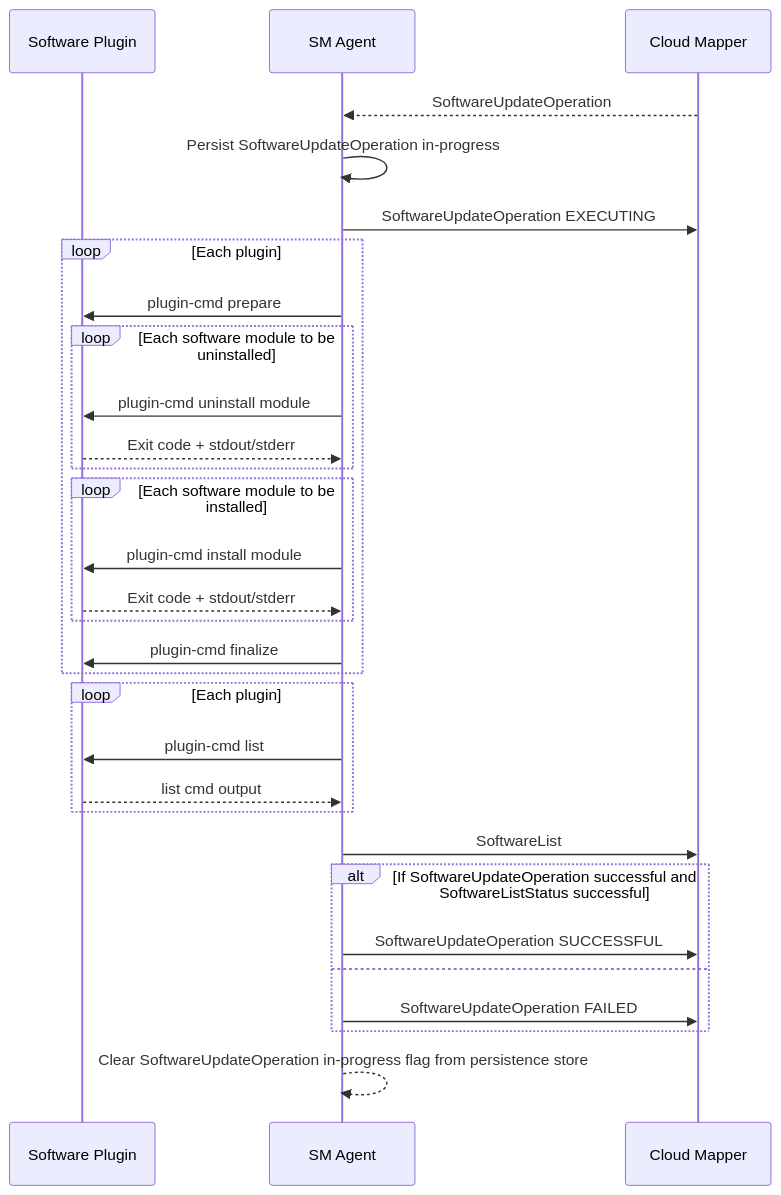
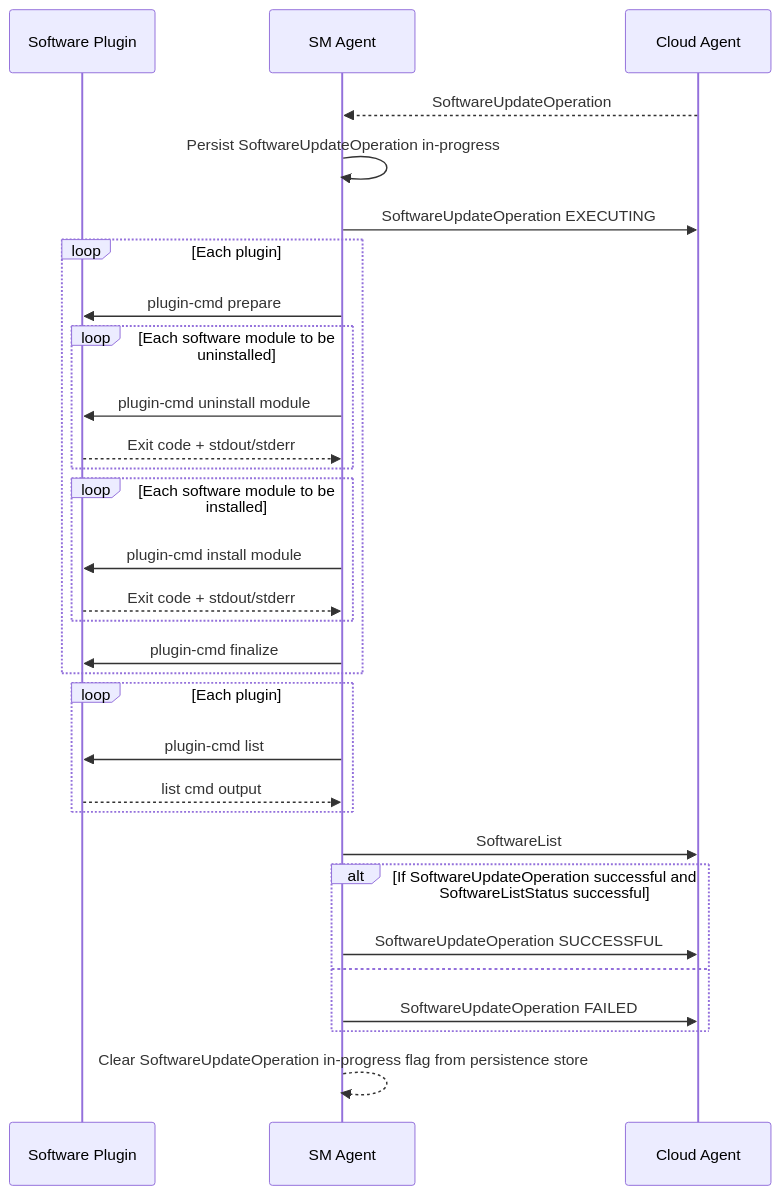
The third of 3 diagrams in src/software-management/sm-agent.md (thin-edge/thin-edge.io-specs), drawn with Mermaid before and after one commit. The commit also changed other lines of this file, not shown here.

````diff
--- a/src/software-management/sm-agent.md
+++ b/src/software-management/sm-agent.md
@@ -54,40 +67,40 @@
 ```mermaid
 sequenceDiagram
     participant Software Plugin
     participant SM Agent
-    participant Cloud Mapper
+    participant Cloud Agent
 
-    Cloud Mapper-->>SM Agent: SoftwareUpdateOperation
+    Cloud Agent-->>SM Agent: SoftwareUpdateOperation
 
     SM Agent->>SM Agent: Persist SoftwareUpdateOperation in-progress
-    SM Agent->>Cloud Mapper: SoftwareUpdateOperation EXECUTING
+    SM Agent->>Cloud Agent: SoftwareUpdateOperation EXECUTING
     loop Each plugin
         SM Agent->>Software Plugin: plugin-cmd prepare
 
         loop Each software module to be uninstalled
             SM Agent->>Software Plugin: plugin-cmd uninstall module
             Software Plugin-->>SM Agent: Exit code + stdout/stderr
         end
 
         loop Each software module to be installed
             SM Agent->>Software Plugin: plugin-cmd install module
             Software Plugin-->>SM Agent: Exit code + stdout/stderr
         end
 
         SM Agent->>Software Plugin: plugin-cmd finalize
     end
 
     loop Each plugin
         SM Agent->>Software Plugin: plugin-cmd list
         Software Plugin-->>SM Agent: list cmd output
     end
-    SM Agent->>Cloud Mapper: SoftwareList
+    SM Agent->>Cloud Agent: SoftwareList
 
     alt If SoftwareUpdateOperation successful and SoftwareListStatus successful
-        SM Agent->>Cloud Mapper: SoftwareUpdateOperation SUCCESSFUL
+        SM Agent->>Cloud Agent: SoftwareUpdateOperation SUCCESSFUL
     else
-        SM Agent->>Cloud Mapper: SoftwareUpdateOperation FAILED
+        SM Agent->>Cloud Agent: SoftwareUpdateOperation FAILED
     end
 
     SM Agent-->>SM Agent: Clear SoftwareUpdateOperation in-progress flag from persistence store
 ```
````
